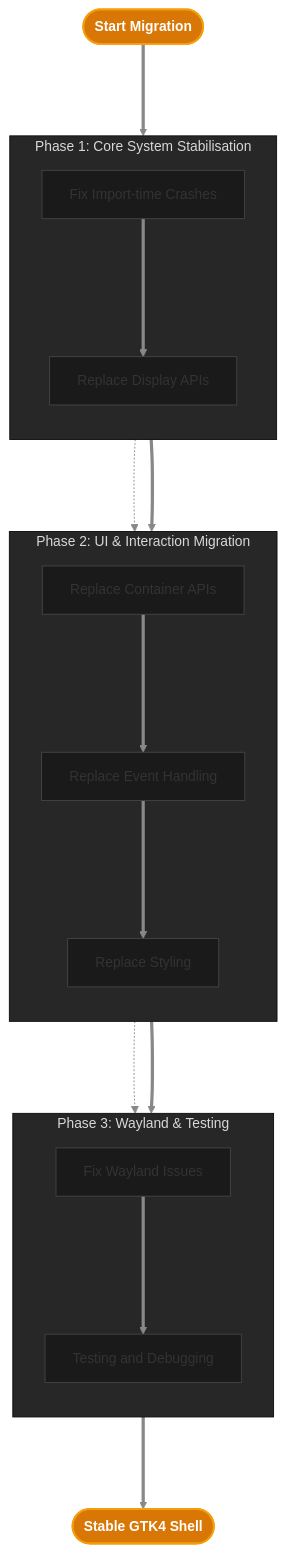
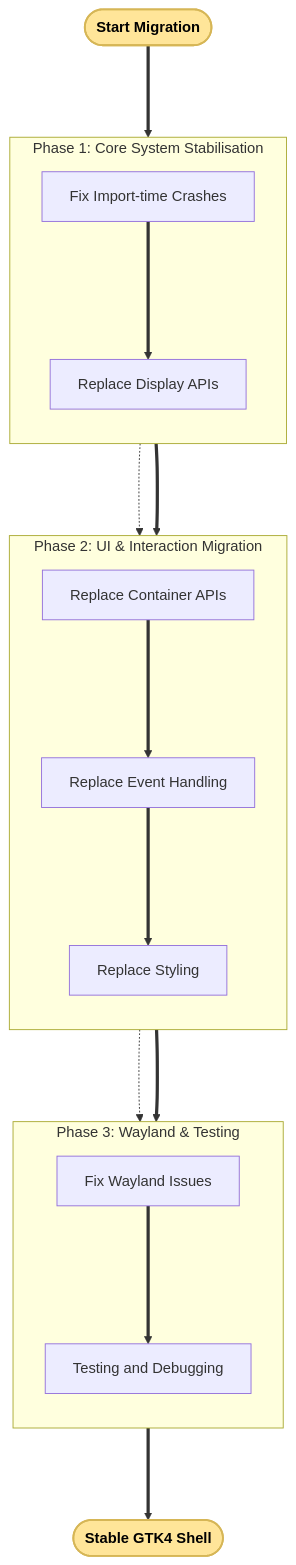
One commit to Dev10-sys/sugar-proposal-gtk changed the seventh of 9 diagrams in proposal.md. Above: the diagram before and after it, drawn with Mermaid. The commit also changed other lines of this file, not shown here.

Commit message:
Convert diagrams to crisp light theme based on reference photos

````diff
--- a/proposal.md
+++ b/proposal.md
@@ -484,40 +478,39 @@
 ```mermaid
-%%{init: {'theme': 'base', 'themeVariables': {'background': '#0a0a0a', 'primaryColor': '#1a1a1a', 'primaryBorderColor': '#444444', 'lineColor': '#888888', 'textColor': '#ffffff', 'fontSize': '15px'}}}%%
 flowchart TD
     Start(["Start Migration"])
 
     subgraph CoreStabilisation ["Phase 1: Core System Stabilisation"]
         direction TB
         A["Fix Import-time Crashes"]
         B["Replace Display APIs"]
     end
 
     subgraph APIMigration ["Phase 2: UI & Interaction Migration"]
         direction TB
         C["Replace Container APIs"]
         D["Replace Event Handling"]
         E["Replace Styling"]
     end
 
     subgraph WaylandCompat ["Phase 3: Wayland & Testing"]
         direction TB
         F["Fix Wayland Issues"]
         G["Testing and Debugging"]
     end
 
     H(["Stable GTK4 Shell"])
 
     Start ===> CoreStabilisation
     A ===> B
     CoreStabilisation ===> APIMigration
     B -.-> C
     C ===> D
     D ===> E
     APIMigration ===> WaylandCompat
     E -.-> F
     F ===> G
     WaylandCompat ===> H
 
-    style Start fill:#d97706,stroke:#f59e0b,stroke-width:2px,color:#ffffff,font-weight:bold
-    style H fill:#d97706,stroke:#f59e0b,stroke-width:2px,color:#ffffff,font-weight:bold
+    style Start fill:#ffe599,stroke:#d6b656,stroke-width:2px,color:#000000,font-weight:bold
+    style H fill:#ffe599,stroke:#d6b656,stroke-width:2px,color:#000000,font-weight:bold
 ```
````
